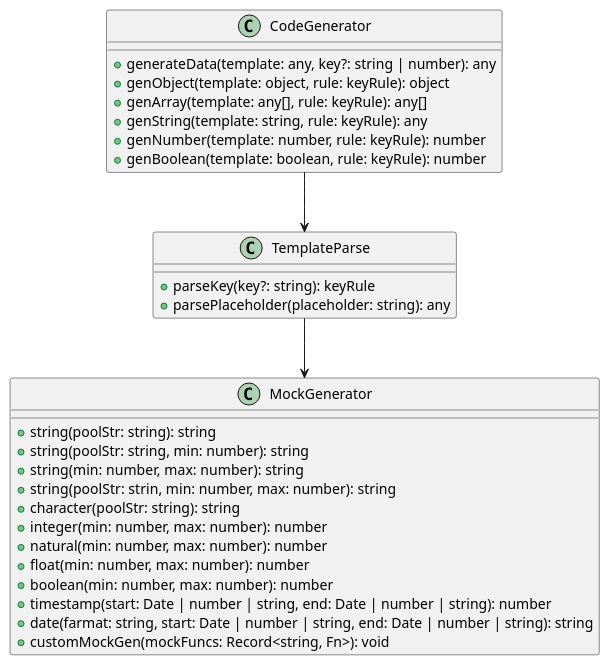
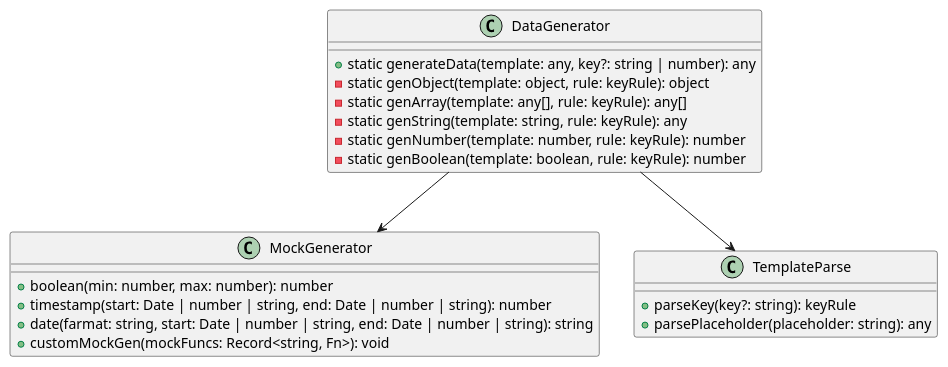
One commit to threedayAAAAA/fy changed the diagram in design/uml.md. Above: the diagram before and after it, drawn with PlantUML. The commit also changed 2 other files, not shown here.

Commit message:
feat: 林浩钦丰羽计划第一次作业

```diff
--- a/design/uml.md
+++ b/design/uml.md
@@ -1,33 +1,25 @@
 @startuml
 class MockGenerator {
-  + string(poolStr: string): string
-  + string(poolStr: string, min: number): string
-  + string(min: number, max: number): string
-  + string(poolStr: strin, min: number, max: number): string
-  + character(poolStr: string): string
-  + integer(min: number, max: number): number
-  + natural(min: number, max: number): number
-  + float(min: number, max: number): number
   + boolean(min: number, max: number): number
   + timestamp(start: Date | number | string, end: Date | number | string): number
   + date(farmat: string, start: Date | number | string, end: Date | number | string): string
   + customMockGen(mockFuncs: Record<string, Fn>): void
 }
 
-class CodeGenerator {
-  + generateData(template: any, key?: string | number): any
-  + genObject(template: object, rule: keyRule): object
-  + genArray(template: any[], rule: keyRule): any[]
-  + genString(template: string, rule: keyRule): any
-  + genNumber(template: number, rule: keyRule): number
-  + genBoolean(template: boolean, rule: keyRule): number
+class DataGenerator {
+  + static generateData(template: any, key?: string | number): any
+  - static genObject(template: object, rule: keyRule): object
+  - static genArray(template: any[], rule: keyRule): any[]
+  - static genString(template: string, rule: keyRule): any
+  - static genNumber(template: number, rule: keyRule): number
+  - static genBoolean(template: boolean, rule: keyRule): number
 }
 
 class TemplateParse {
   + parseKey(key?: string): keyRule
   + parsePlaceholder(placeholder: string): any
 }
 
-CodeGenerator --> TemplateParse
-TemplateParse --> MockGenerator
+DataGenerator --> TemplateParse
+DataGenerator --> MockGenerator
 @enduml
```
